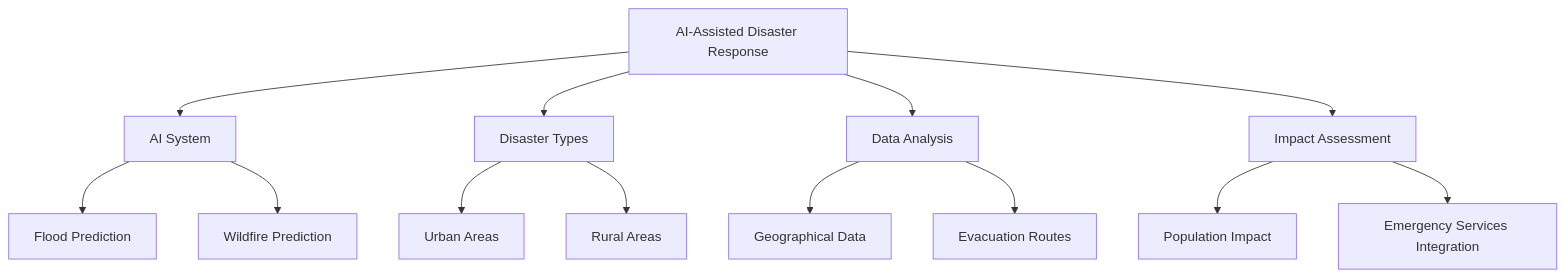
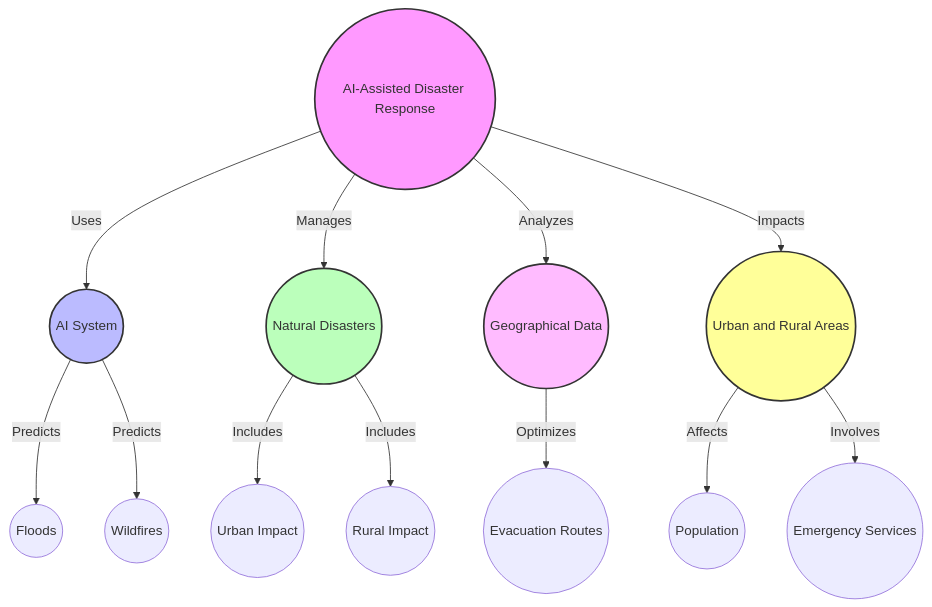
One commit to runck014/digital_mapping_course changed the first of 4 diagrams in diagrams.md. Above: the diagram before and after it, drawn with Mermaid. The commit also changed other lines of this file, not shown here.

````diff
--- a/diagrams.md
+++ b/diagrams.md
@@ -4,15 +11,20 @@
 ```mermaid
 graph TD
-    A[AI-Assisted Disaster Response] --> B[AI System]
-    A --> C[Disaster Types]
-    A --> D[Data Analysis]
-    A --> E[Impact Assessment]
-    B --> B1[Flood Prediction]
-    B --> B2[Wildfire Prediction]
-    C --> C1[Urban Areas]
-    C --> C2[Rural Areas]
-    D --> D1[Geographical Data]
-    D --> D2[Evacuation Routes]
-    E --> E1[Population Impact]
-    E --> E2[Emergency Services Integration]
+    style A fill:#f9f,stroke:#333,stroke-width:2px
+    A((AI-Assisted Disaster Response)) -->|Uses| B((AI System))
+    A -->|Manages| C((Natural Disasters))
+    A -->|Analyzes| D((Geographical Data))
+    A -->|Impacts| E((Urban and Rural Areas))
+    B -->|Predicts| B1((Floods))
+    B -->|Predicts| B2((Wildfires))
+    C -->|Includes| C1((Urban Impact))
+    C -->|Includes| C2((Rural Impact))
+    D -->|Optimizes| D1((Evacuation Routes))
+    E -->|Affects| E1((Population))
+    E -->|Involves| E2((Emergency Services))
+
+    style B fill:#bbf,stroke:#333,stroke-width:2px
+    style C fill:#bfb,stroke:#333,stroke-width:2px
+    style D fill:#fbf,stroke:#333,stroke-width:2px
+    style E fill:#ff9,stroke:#333,stroke-width:2px
 ```
````
